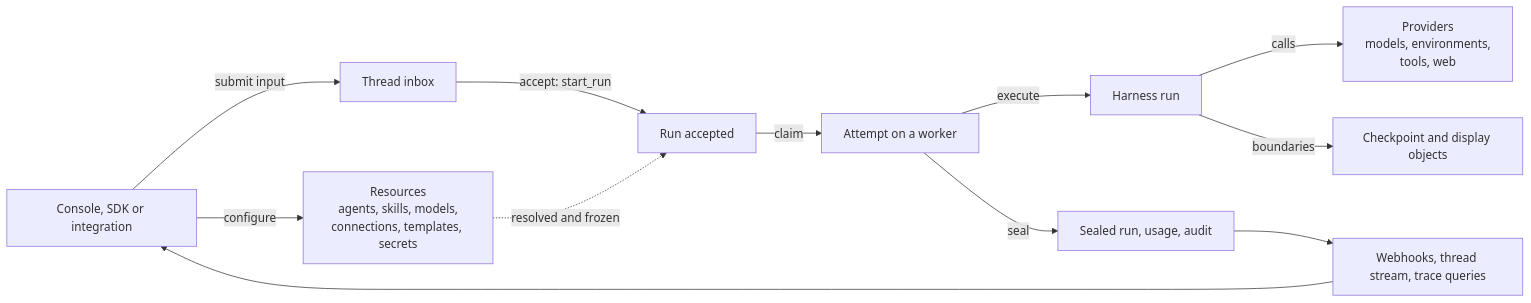
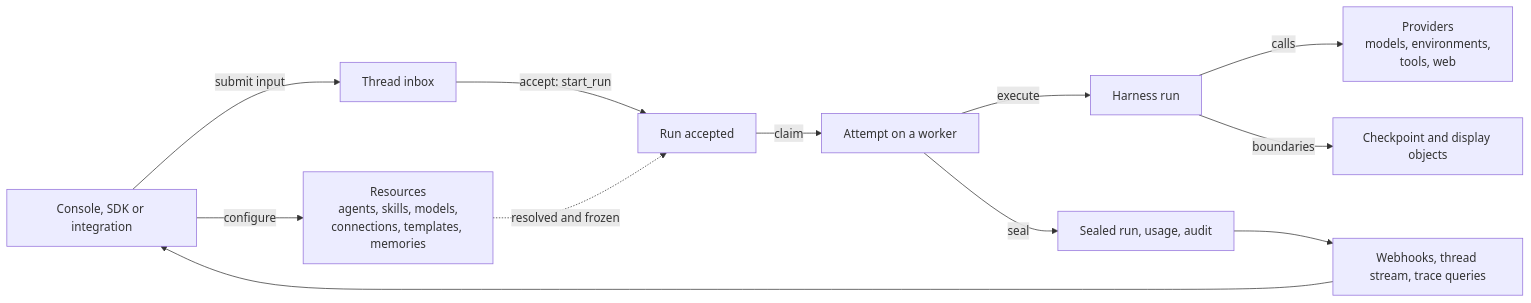
One commit to LTThreeComma/agent-foundation changed the diagram in spec/a13n-service/00-overview.md. Above: the diagram before and after it, drawn with Mermaid. The commit also changed other lines of this file and 355 other files, not shown here.

````diff
--- a/spec/a13n-service/00-overview.md
+++ b/spec/a13n-service/00-overview.md
@@ -7,14 +7,14 @@
 ```mermaid
 flowchart LR
-    Caller[Console, SDK or integration] -->|configure| Resources[Resources<br/>agents, skills, models,<br/>connections, templates, secrets]
+    Caller[Console, SDK or integration] -->|configure| Resources[Resources<br/>agents, skills, models,<br/>connections, templates, memories]
     Caller -->|submit input| Inbox[Thread inbox]
     Inbox -->|accept: start_run| Run[Run accepted]
     Run -->|claim| Attempt[Attempt on a worker]
     Attempt -->|execute| Harness[Harness run]
     Resources -. resolved and frozen .-> Run
     Harness -->|calls| Providers[Providers<br/>models, environments,<br/>tools, web]
     Harness -->|boundaries| Checkpoint[Checkpoint and display objects]
     Attempt -->|seal| Facts[Sealed run, usage, audit]
     Facts --> Delivery[Webhooks, thread stream, trace queries]
     Delivery --> Caller
 ```
````
